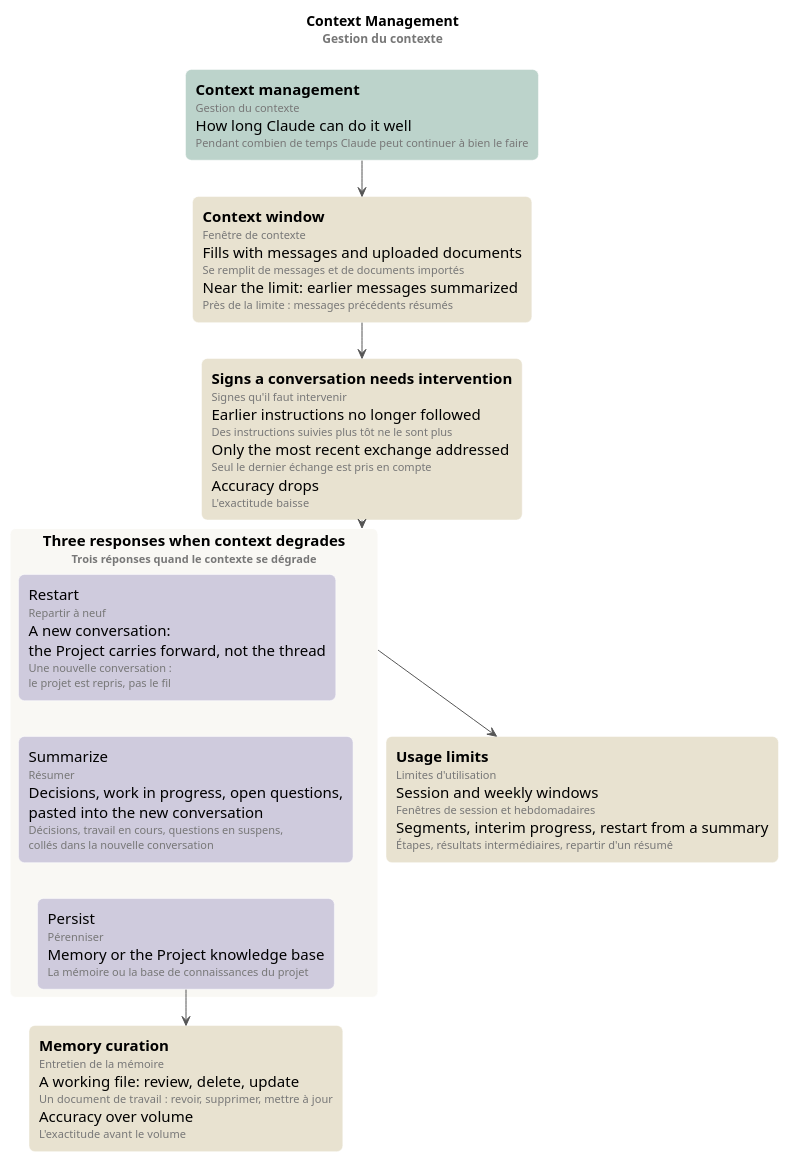
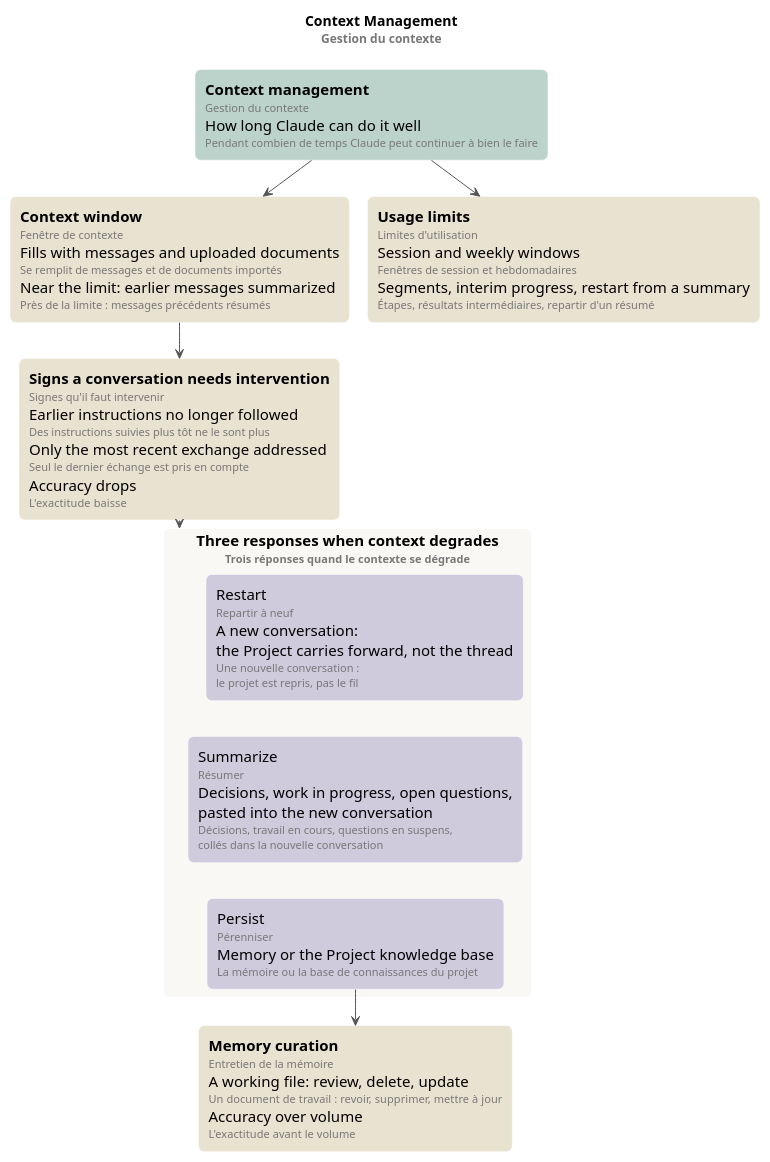
The diagram in 03-claude-platform-and-model-foundations/mindmap/context-management.puml (ltruchot/anthropic-academy-ai-glossary), drawn with PlantUML before and after one commit. The commit also changed 19 other files, not shown here.

```diff
--- a/03-claude-platform-and-model-foundations/mindmap/context-management.puml
+++ b/03-claude-platform-and-model-foundations/mindmap/context-management.puml
@@ -1,47 +1,47 @@
 @startuml context-management
 ' Render: java -jar plantuml.jar -tsvg context-management.puml (smetana: no Graphviz needed).
 !pragma layout smetana
 
 skinparam defaultFontName Helvetica
 skinparam shadowing false
 skinparam roundCorner 12
 skinparam ArrowColor #555555
 skinparam rectangle {
   BorderColor #FFFFFF
   FontSize 15
 }
 <style>
 rectangle {
   MinimumWidth 230
 }
 </style>
 
 title Context Management\n<size:12><color:#777>Gestion du contexte</color></size>
 
 rectangle "**Context management**\n<size:11><color:#777>Gestion du contexte</color></size>\nHow long Claude can do it well\n<size:11><color:#777>Pendant combien de temps Claude peut continuer à bien le faire</color></size>" as CM #BCD3CB
 
 rectangle "**Context window**\n<size:11><color:#777>Fenêtre de contexte</color></size>\nFills with messages and uploaded documents\n<size:11><color:#777>Se remplit de messages et de documents importés</color></size>\nNear the limit: earlier messages summarized\n<size:11><color:#777>Près de la limite : messages précédents résumés</color></size>" as CW #E8E2D0
 
 rectangle "**Signs a conversation needs intervention**\n<size:11><color:#777>Signes qu'il faut intervenir</color></size>\nEarlier instructions no longer followed\n<size:11><color:#777>Des instructions suivies plus tôt ne le sont plus</color></size>\nOnly the most recent exchange addressed\n<size:11><color:#777>Seul le dernier échange est pris en compte</color></size>\nAccuracy drops\n<size:11><color:#777>L'exactitude baisse</color></size>" as SI #E8E2D0
 
 rectangle "**Three responses when context degrades**\n<size:11><color:#777>Trois réponses quand le contexte se dégrade</color></size>" as TR #F9F8F4 {
   rectangle "Restart\n<size:11><color:#777>Repartir à neuf</color></size>\nA new conversation:\nthe Project carries forward, not the thread\n<size:11><color:#777>Une nouvelle conversation :</color></size>\n<size:11><color:#777>le projet est repris, pas le fil</color></size>" as RS #CFCBDD
   rectangle "Summarize\n<size:11><color:#777>Résumer</color></size>\nDecisions, work in progress, open questions,\npasted into the new conversation\n<size:11><color:#777>Décisions, travail en cours, questions en suspens,</color></size>\n<size:11><color:#777>collés dans la nouvelle conversation</color></size>" as SU #CFCBDD
   rectangle "Persist\n<size:11><color:#777>Pérenniser</color></size>\nMemory or the Project knowledge base\n<size:11><color:#777>La mémoire ou la base de connaissances du projet</color></size>" as PE #CFCBDD
 }
 
 rectangle "**Memory curation**\n<size:11><color:#777>Entretien de la mémoire</color></size>\nA working file: review, delete, update\n<size:11><color:#777>Un document de travail : revoir, supprimer, mettre à jour</color></size>\nAccuracy over volume\n<size:11><color:#777>L'exactitude avant le volume</color></size>" as MC #E8E2D0
 
 rectangle "**Usage limits**\n<size:11><color:#777>Limites d'utilisation</color></size>\nSession and weekly windows\n<size:11><color:#777>Fenêtres de session et hebdomadaires</color></size>\nSegments, interim progress, restart from a summary\n<size:11><color:#777>Étapes, résultats intermédiaires, repartir d'un résumé</color></size>" as UL #E8E2D0
 
 ' The course's order, top to bottom.
 RS -[hidden]down- SU
 SU -[hidden]down- PE
 
 CM --> CW
 CW --> SI
 SI --> TR
 PE --> MC
-TR --> UL
+CM --> UL
 
 @enduml
```
